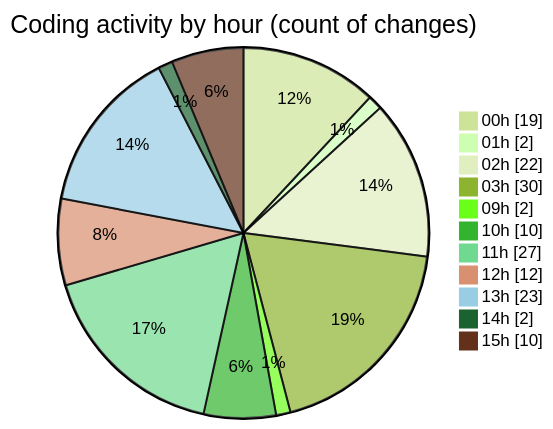
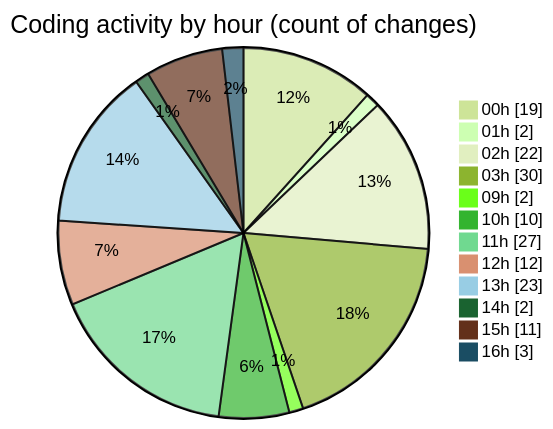
The second of 2 diagrams in 2025-10-21/eventscop-frontend-guide__workspace_/README.md (julien-gomy/code-tracking), drawn with Mermaid (forest theme) before and after one commit. The commit also changed other lines of this file and 1 other file, not shown here.

````diff
--- a/2025-10-21/eventscop-frontend-guide__workspace_/README.md
+++ b/2025-10-21/eventscop-frontend-guide__workspace_/README.md
@@ -59,15 +59,16 @@
 ```mermaid
 pie showData
 title Coding activity by hour (count of changes)
 "00h" : 19
 "01h" : 2
 "02h" : 22
 "03h" : 30
 "09h" : 2
 "10h" : 10
 "11h" : 27
 "12h" : 12
 "13h" : 23
 "14h" : 2
-"15h" : 10
+"15h" : 11
+"16h" : 3
 ```
````
